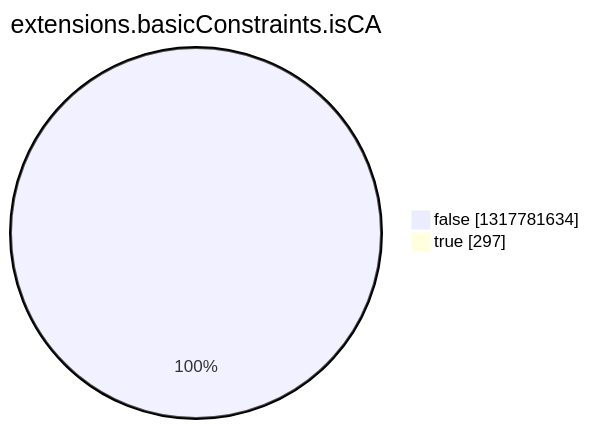
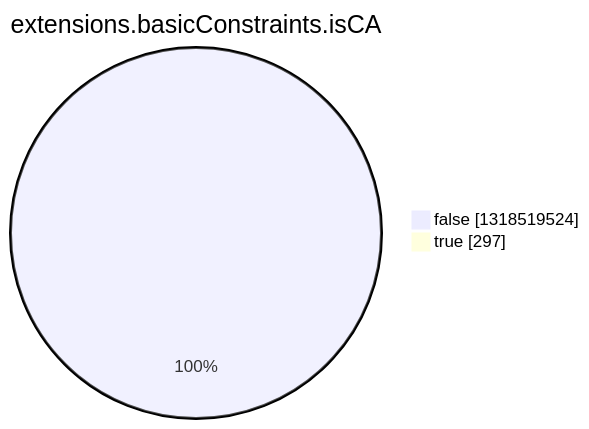
Before and after one commit to christiankrug/ctmonitor_visualization: the eighth of 15 diagrams in argon2022/README.md, drawn with Mermaid. The commit also changed other lines of this file, not shown here.

````diff
--- a/argon2022/README.md
+++ b/argon2022/README.md
@@ -2758,6 +2758,6 @@
 ```mermaid
 pie showData
 title extensions.basicConstraints.isCA
-"false" :1317781634
+"false" :1318519524
 "true" :297
 ```
````
